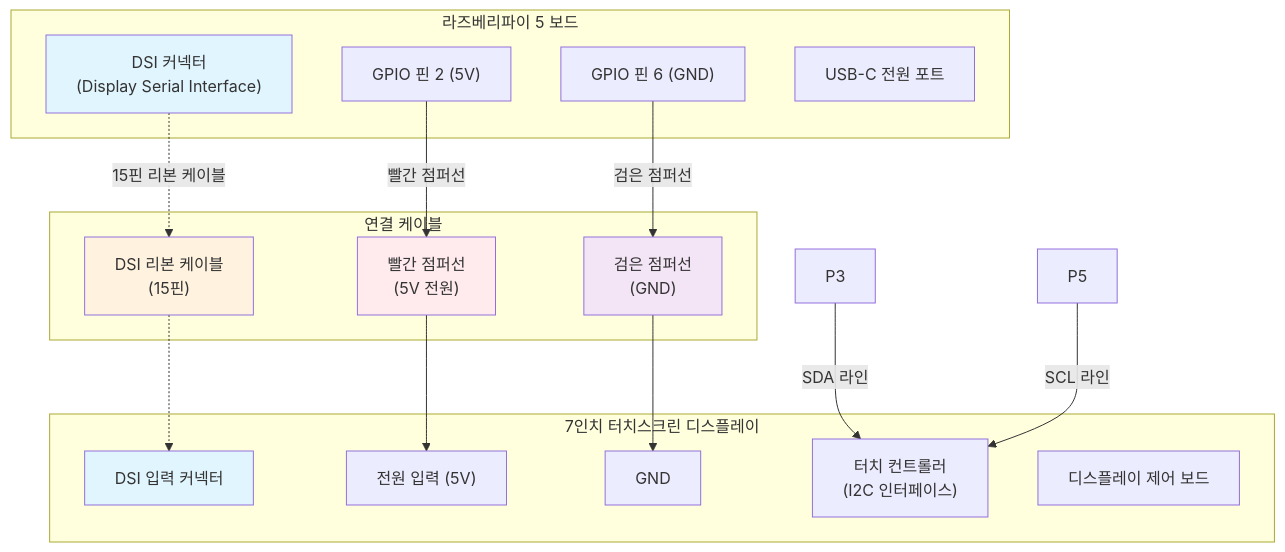
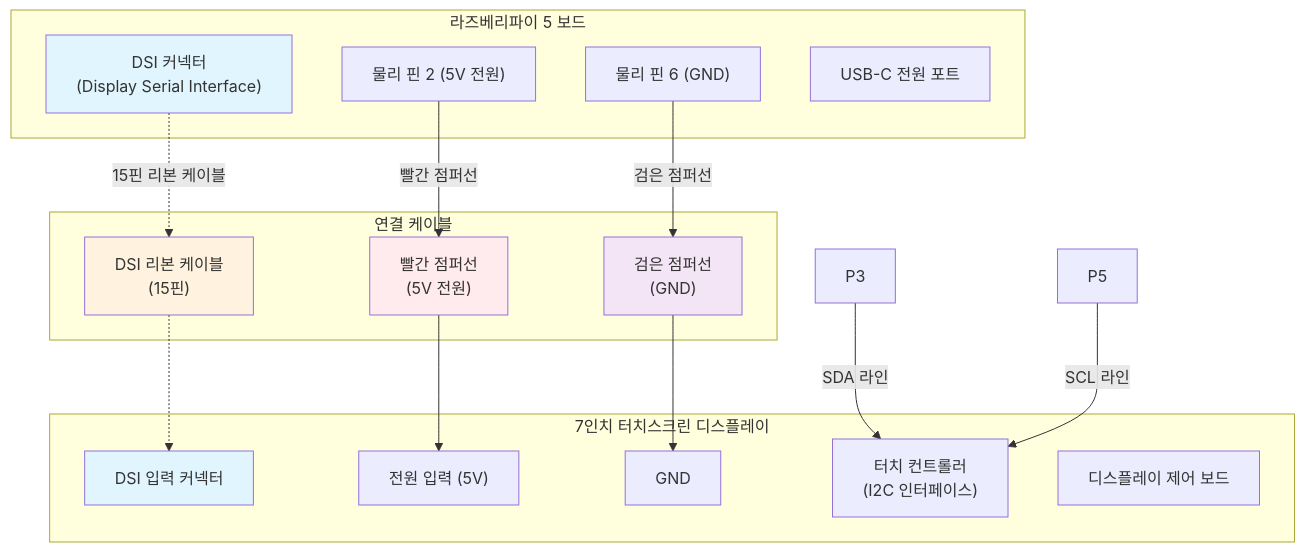
One commit to choisimo/document changed the fourth of 6 diagrams in content/archive/legacy/module-study/raspberry-GPIO_usage.md. Above: the diagram before and after it, drawn with Mermaid. The commit also changed other lines of this file and 504 other files, not shown here.

````diff
--- a/content/archive/legacy/module-study/raspberry-GPIO_usage.md
+++ b/content/archive/legacy/module-study/raspberry-GPIO_usage.md
@@ -134,44 +146,44 @@
 ```mermaid
 graph TD
     subgraph "라즈베리파이 5 보드"
         DSI["DSI 커넥터<br>(Display Serial Interface)"]
-        GPIO_PWR["GPIO 핀 2 (5V)"]
-        GPIO_GND["GPIO 핀 6 (GND)"]
+        GPIO_PWR["물리 핀 2 (5V 전원)"]
+        GPIO_GND["물리 핀 6 (GND)"]
         USB["USB-C 전원 포트"]
     end
     
     subgraph "7인치 터치스크린 디스플레이"
         DISP_DSI["DSI 입력 커넥터"]
         DISP_PWR["전원 입력 (5V)"]
         DISP_GND["GND"]
         TOUCH_I2C["터치 컨트롤러<br>(I2C 인터페이스)"]
         DISP_BOARD["디스플레이 제어 보드"]
     end
     
     subgraph "연결 케이블"
         DSI_CABLE["DSI 리본 케이블<br>(15핀)"]
         JUMPER_RED["빨간 점퍼선<br>(5V 전원)"]
         JUMPER_BLACK["검은 점퍼선<br>(GND)"]
     end
     
     %% DSI 연결
     DSI -.->|"15핀 리본 케이블"| DSI_CABLE
     DSI_CABLE -.-> DISP_DSI
     
     %% 전원 연결
     GPIO_PWR -->|"빨간 점퍼선"| JUMPER_RED
     JUMPER_RED --> DISP_PWR
     
     GPIO_GND -->|"검은 점퍼선"| JUMPER_BLACK
     JUMPER_BLACK --> DISP_GND
     
     %% 터치 I2C 연결 (GPIO 2, 3 사용)
     P3 -->|"SDA 라인"| TOUCH_I2C
     P5 -->|"SCL 라인"| TOUCH_I2C
     
     style DSI fill:#e1f5fe
     style DISP_DSI fill:#e1f5fe
     style DSI_CABLE fill:#fff3e0
     style JUMPER_RED fill:#ffebee
     style JUMPER_BLACK fill:#f3e5f5
 ```
````
